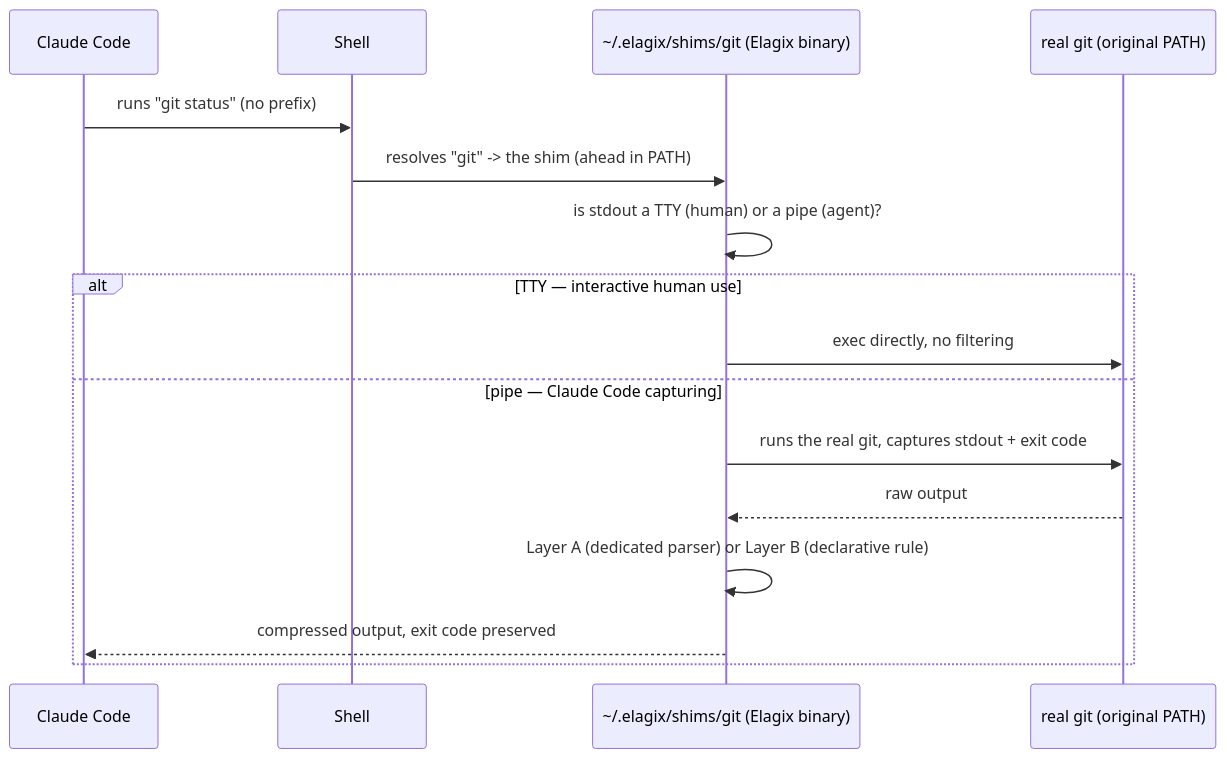
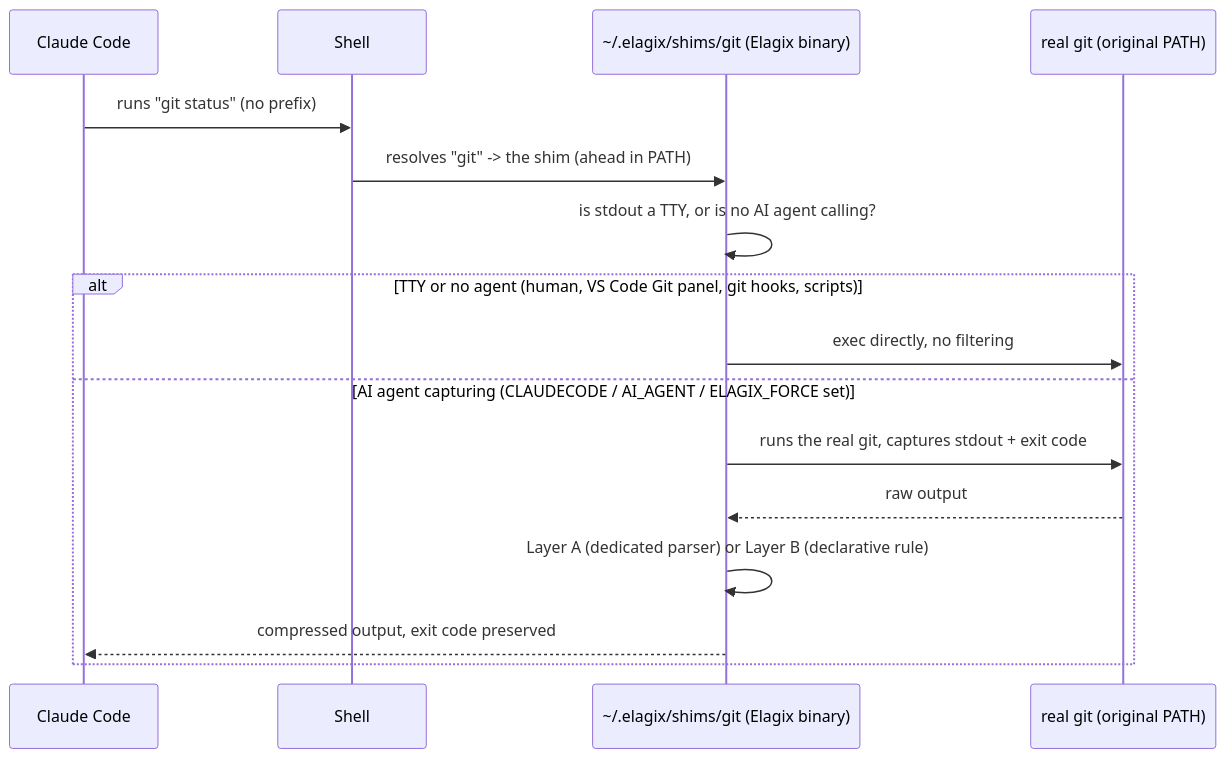
Before and after one commit to mkmuniz/elagix-tk: the diagram in README.md, drawn with Mermaid. The commit also changed other lines of this file and 2 other files, not shown here.

Commit message:
git log: one line per commit; guard shim against resolving itself
- git log filter keeps every commit as `<hash> <date> <author> — <subject>`
  (first commit keeps its body summary) instead of dropping all but the
  first. Fixture: 9,313B -> 907B (90.3%), all 5 commits visible.
- resolve_real_binary now skips any PATH candidate that is the running
  executable itself; a mismatched ELAGIX_SHIMS_DIR made the shim re-invoke
  itself until fork failed with EAGAIN.

````diff
--- a/README.md
+++ b/README.md
@@ -74,18 +76,18 @@
 ```mermaid
 sequenceDiagram
     participant Claude as Claude Code
     participant Shell
     participant Shim as ~/.elagix/shims/git (Elagix binary)
     participant RealGit as real git (original PATH)
     Claude->>Shell: runs "git status" (no prefix)
     Shell->>Shim: resolves "git" -> the shim (ahead in PATH)
-    Shim->>Shim: is stdout a TTY (human) or a pipe (agent)?
-    alt TTY — interactive human use
+    Shim->>Shim: is stdout a TTY, or is no AI agent calling?
+    alt TTY or no agent (human, VS Code Git panel, git hooks, scripts)
         Shim->>RealGit: exec directly, no filtering
-    else pipe — Claude Code capturing
+    else AI agent capturing (CLAUDECODE / AI_AGENT / ELAGIX_FORCE set)
         Shim->>RealGit: runs the real git, captures stdout + exit code
         RealGit-->>Shim: raw output
         Shim->>Shim: Layer A (dedicated parser) or Layer B (declarative rule)
         Shim-->>Claude: compressed output, exit code preserved
     end
 ```
````
